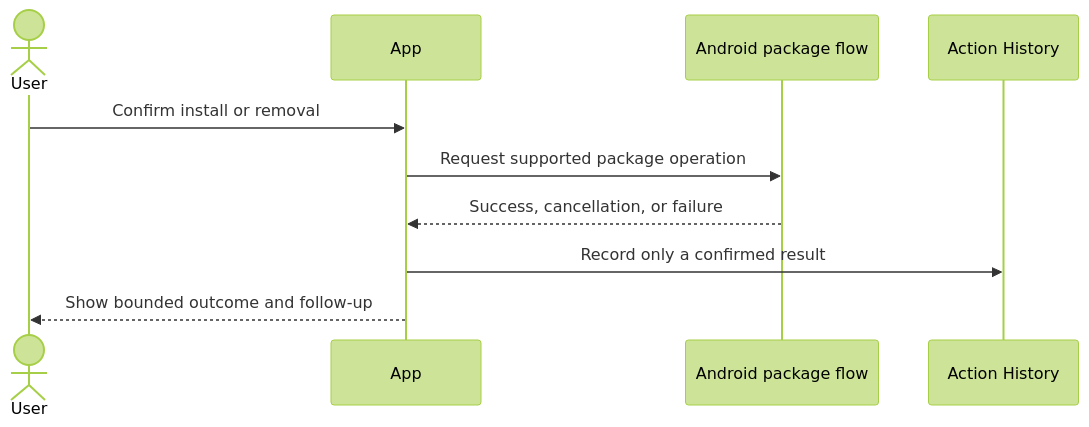
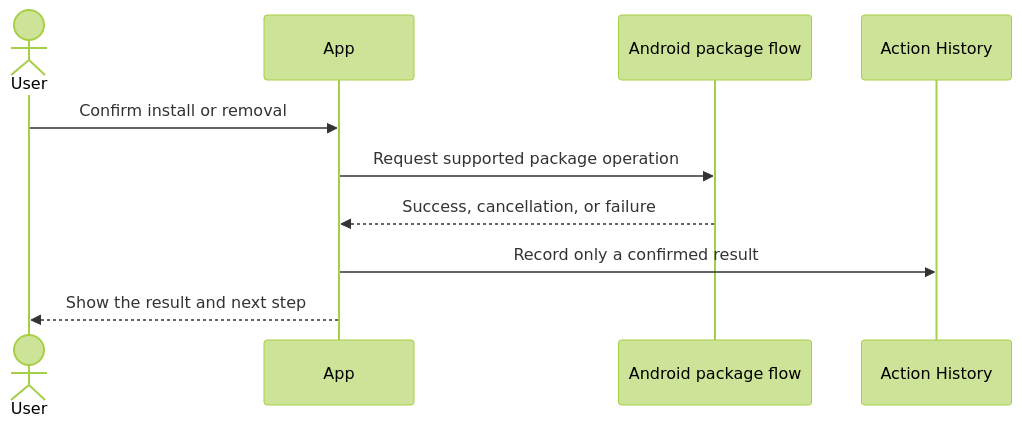
The second of 4 diagrams in docs/kmk/diagrams/extension-operations.md (FancyCorey/komikku-KMK), drawn with Mermaid (forest theme) before and after one commit. The commit also changed other lines of this file and 23 other files, not shown here.

````diff
--- a/docs/kmk/diagrams/extension-operations.md
+++ b/docs/kmk/diagrams/extension-operations.md
@@ -19,12 +19,12 @@
 ```mermaid
 sequenceDiagram
     actor User
     participant App
     participant Android as Android package flow
     participant History as Action History
     User->>App: Confirm install or removal
     App->>Android: Request supported package operation
     Android-->>App: Success, cancellation, or failure
     App->>History: Record only a confirmed result
-    App-->>User: Show bounded outcome and follow-up
+    App-->>User: Show the result and next step
 ```
````
